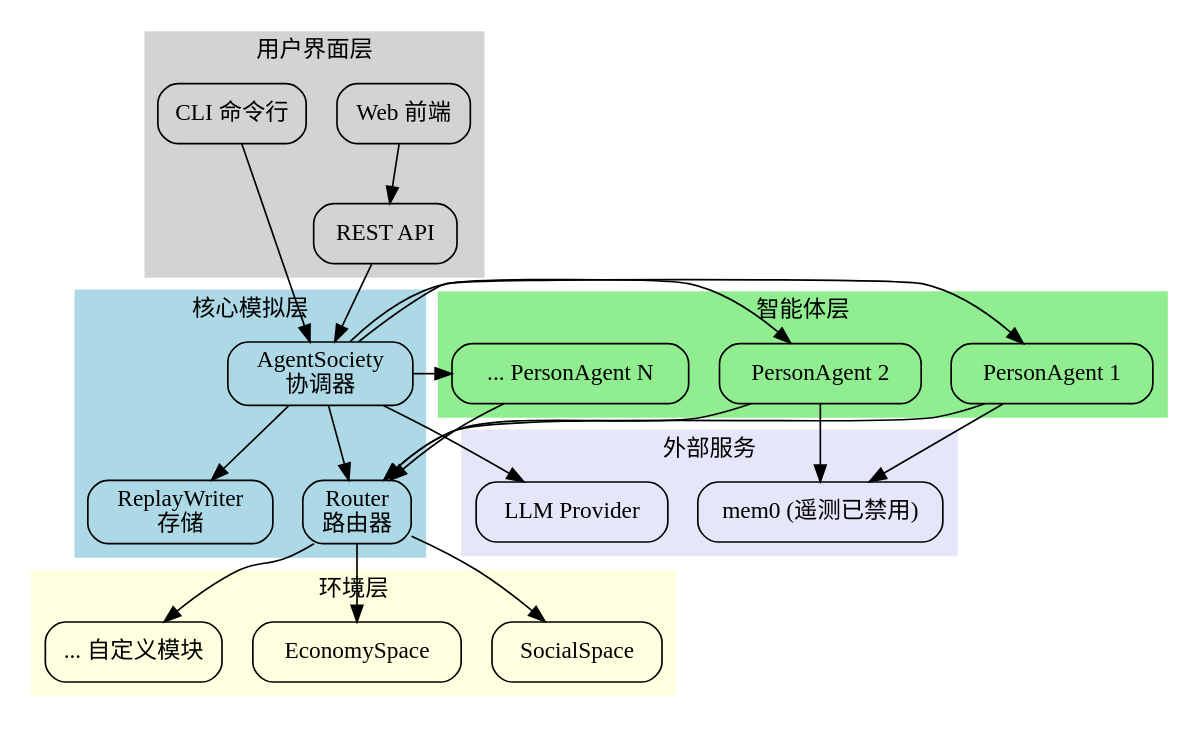
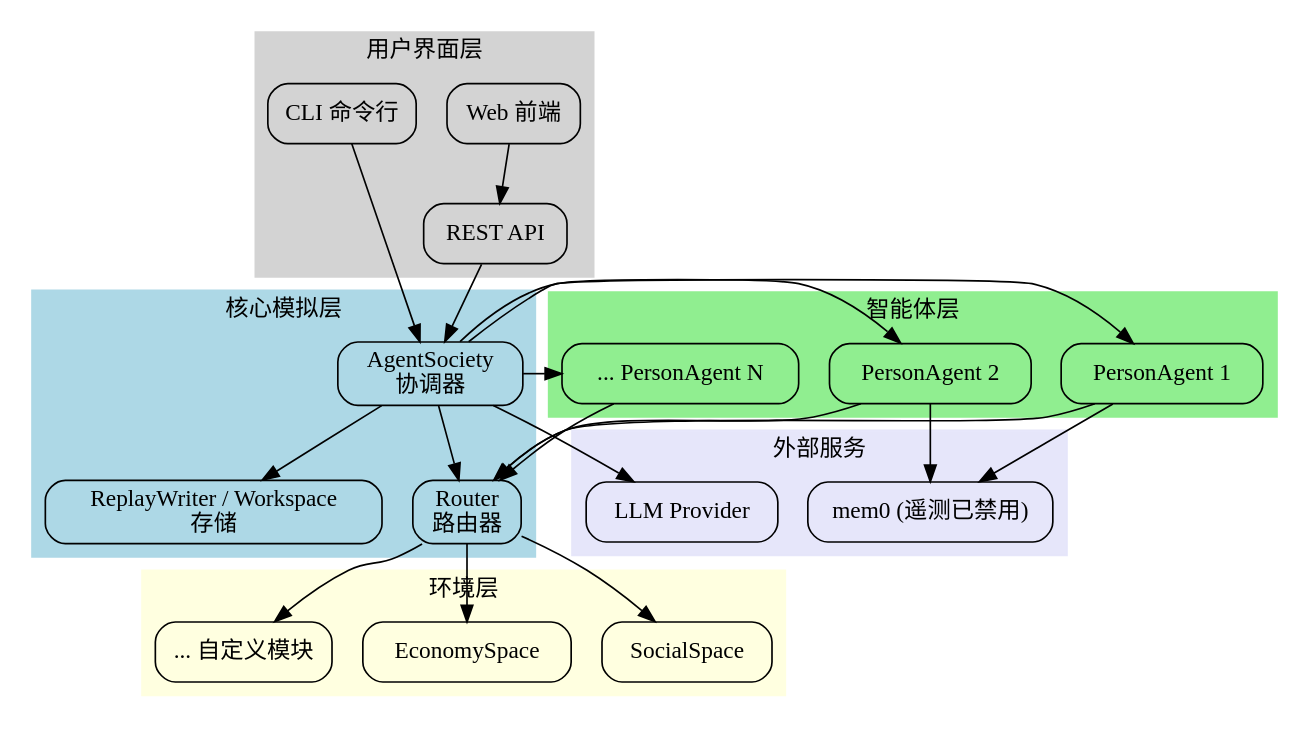
The second of 4 diagrams in packages/agentsociety2/docs/concepts.rst (jeevesh415/AgentSociety), drawn with Graphviz before and after one commit. The commit also changed 37 other files, not shown here.

```diff
--- a/packages/agentsociety2/docs/concepts.rst
+++ b/packages/agentsociety2/docs/concepts.rst
@@ -34,73 +34,73 @@
 .. graphviz::
 
    digraph full_architecture {
        rankdir=TB;
        node [shape=box, style=rounded];
        edge [fontsize=10];
 
        subgraph cluster_ui {
            label = "用户界面层";
            style=filled;
            color=lightgrey;
            CLI [label="CLI 命令行"];
            WebUI [label="Web 前端"];
            API [label="REST API"];
        }
 
        subgraph cluster_core {
            label = "核心模拟层";
            style=filled;
            color=lightblue;
            Society [label="AgentSociety\n协调器"];
            Router [label="Router\n路由器"];
-           Storage [label="ReplayWriter\n存储"];
+           Storage [label="ReplayWriter / Workspace\n存储"];
        }
 
        subgraph cluster_agents {
            label = "智能体层";
            style=filled;
            color=lightgreen;
            Agent1 [label="PersonAgent 1"];
            Agent2 [label="PersonAgent 2"];
            AgentN [label="... PersonAgent N"];
        }
 
        subgraph cluster_env {
            label = "环境层";
            style=filled;
            color=lightyellow;
            Env1 [label="SocialSpace"];
            Env2 [label="EconomySpace"];
            EnvN [label="... 自定义模块"];
        }
 
        subgraph cluster_external {
            label = "外部服务";
            style=filled;
            color=lavender;
            LLM [label="LLM Provider"];
            Memory [label="mem0 (遥测已禁用)"];
        }
 
        CLI -> Society;
        WebUI -> API;
        API -> Society;
 
        Society -> Router;
        Society -> Storage;
        Society -> Agent1;
        Society -> Agent2;
        Society -> AgentN;
 
        Router -> Env1;
        Router -> Env2;
        Router -> EnvN;
 
        Agent1 -> Router;
        Agent2 -> Router;
        AgentN -> Router;
 
        Society -> LLM;
        Agent1 -> Memory;
        Agent2 -> Memory;
    }
```
